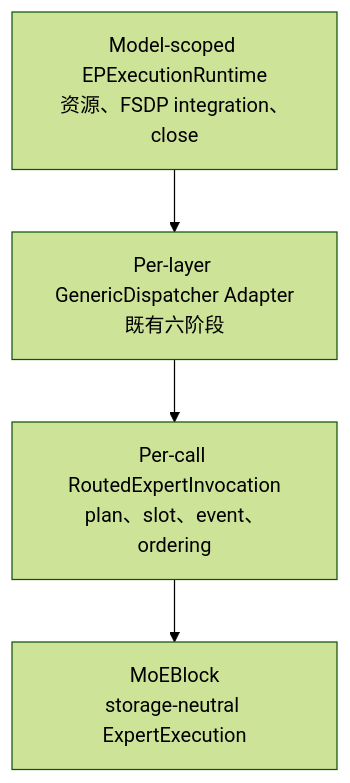
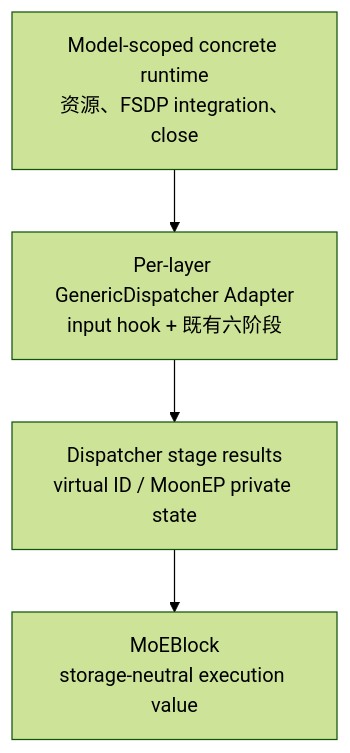
The first of 7 diagrams in xtuner_ep_extend.md (jayhenry/xtuner), drawn with Mermaid (forest theme) before and after one commit. The commit also changed other lines of this file and 1 other file, not shown here.

Commit message:
docs: simplify dynamic EP dispatcher integration

````diff
--- a/xtuner_ep_extend.md
+++ b/xtuner_ep_extend.md
@@ -9,11 +9,10 @@
 ```mermaid
 flowchart TD
-    A["Model-scoped EPExecutionRuntime<br/>资源、FSDP integration、close"]
-    B["Per-layer GenericDispatcher Adapter<br/>既有六阶段"]
-    C["Per-call RoutedExpertInvocation<br/>plan、slot、event、ordering"]
-    D["MoEBlock<br/>storage-neutral ExpertExecution"]
+    A["Model-scoped concrete runtime<br/>资源、FSDP integration、close"]
+    B["Per-layer GenericDispatcher Adapter<br/>input hook + 既有六阶段"]
+    C["Dispatcher stage results<br/>virtual ID / MoonEP private state"]
+    D["MoEBlock<br/>storage-neutral execution value"]
 
     A --> B
-    B --> C
-    C --> D
+    B --> C --> D
 ```
````
